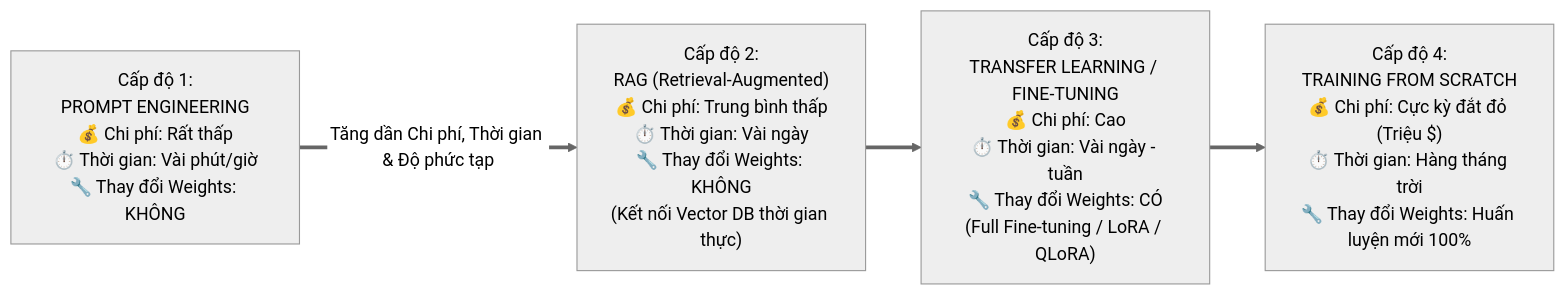
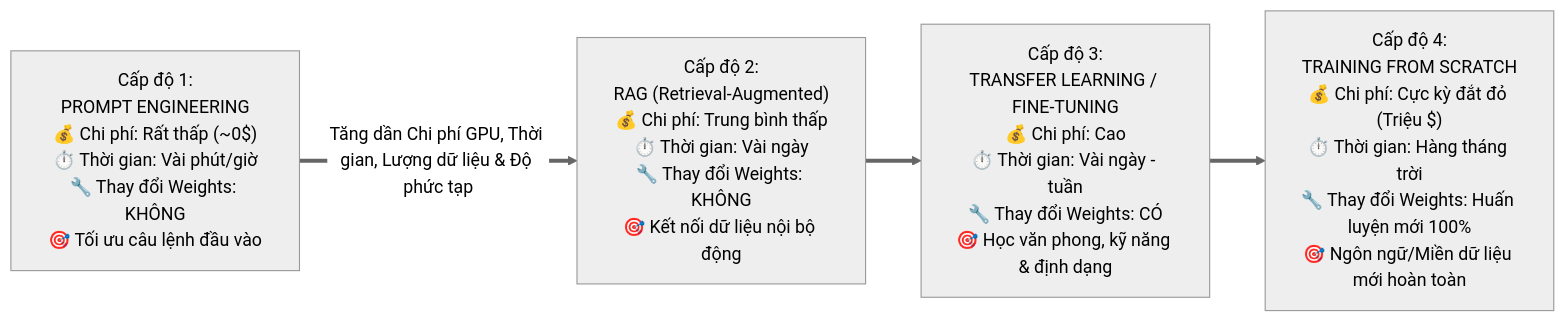
Before and after one commit to nxthanh2904/nca-genl: the first of 4 diagrams in Module_06_Model_Customization.md, drawn with Mermaid (neutral theme). The commit also changed other lines of this file and 11 other files, not shown here.

````diff
--- a/Module_06_Model_Customization.md
+++ b/Module_06_Model_Customization.md
@@ -22,12 +22,12 @@
 ```mermaid
 flowchart LR
-    L1["Cấp độ 1:<br/>PROMPT ENGINEERING<br/>💰 Chi phí: Rất thấp<br/>⏱️ Thời gian: Vài phút/giờ<br/>🔧 Thay đổi Weights: KHÔNG"]
+    L1["Cấp độ 1:<br/>PROMPT ENGINEERING<br/>💰 Chi phí: Rất thấp (~0$)<br/>⏱️ Thời gian: Vài phút/giờ<br/>🔧 Thay đổi Weights: KHÔNG<br/>🎯 Tối ưu câu lệnh đầu vào"]
     
-    L2["Cấp độ 2:<br/>RAG (Retrieval-Augmented)<br/>💰 Chi phí: Trung bình thấp<br/>⏱️ Thời gian: Vài ngày<br/>🔧 Thay đổi Weights: KHÔNG<br/>(Kết nối Vector DB thời gian thực)"]
+    L2["Cấp độ 2:<br/>RAG (Retrieval-Augmented)<br/>💰 Chi phí: Trung bình thấp<br/>⏱️ Thời gian: Vài ngày<br/>🔧 Thay đổi Weights: KHÔNG<br/>🎯 Kết nối dữ liệu nội bộ động"]
     
-    L3["Cấp độ 3:<br/>TRANSFER LEARNING / FINE-TUNING<br/>💰 Chi phí: Cao<br/>⏱️ Thời gian: Vài ngày - tuần<br/>🔧 Thay đổi Weights: CÓ<br/>(Full Fine-tuning / LoRA / QLoRA)"]
+    L3["Cấp độ 3:<br/>TRANSFER LEARNING / FINE-TUNING<br/>💰 Chi phí: Cao<br/>⏱️ Thời gian: Vài ngày - tuần<br/>🔧 Thay đổi Weights: CÓ<br/>🎯 Học văn phong, kỹ năng & định dạng"]
     
-    L4["Cấp độ 4:<br/>TRAINING FROM SCRATCH<br/>💰 Chi phí: Cực kỳ đắt đỏ (Triệu $)<br/>⏱️ Thời gian: Hàng tháng trời<br/>🔧 Thay đổi Weights: Huấn luyện mới 100%"]
+    L4["Cấp độ 4:<br/>TRAINING FROM SCRATCH<br/>💰 Chi phí: Cực kỳ đắt đỏ (Triệu $)<br/>⏱️ Thời gian: Hàng tháng trời<br/>🔧 Thay đổi Weights: Huấn luyện mới 100%<br/>🎯 Ngôn ngữ/Miền dữ liệu mới hoàn toàn"]
 
-    L1 ==>|"Tăng dần Chi phí, Thời gian & Độ phức tạp"| L2 ==> L3 ==> L4
+    L1 ==>|"Tăng dần Chi phí GPU, Thời gian, Lượng dữ liệu & Độ phức tạp"| L2 ==> L3 ==> L4
 ```
````
